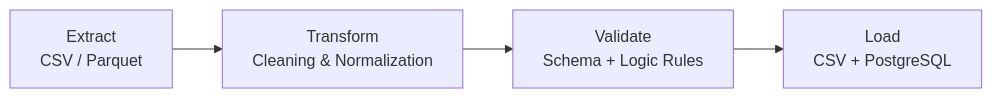
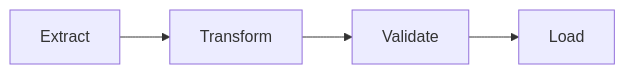
One commit to JaskRendix/nyc-taxi-etl-pipeline changed the first of 2 diagrams in README.md. Above: the diagram before and after it, drawn with Mermaid. The commit also changed other lines of this file and 37 other files, not shown here.

````diff
--- a/README.md
+++ b/README.md
@@ -84,6 +56,6 @@
 ```mermaid
 flowchart LR
-    A[Extract<br/>CSV / Parquet] --> B[Transform<br/>Cleaning & Normalization]
-    B --> C[Validate<br/>Schema + Logic Rules]
-    C --> D[Load<br/>CSV + PostgreSQL]
+    A[Extract] --> B[Transform]
+    B --> C[Validate]
+    C --> D[Load]
 ```
````
